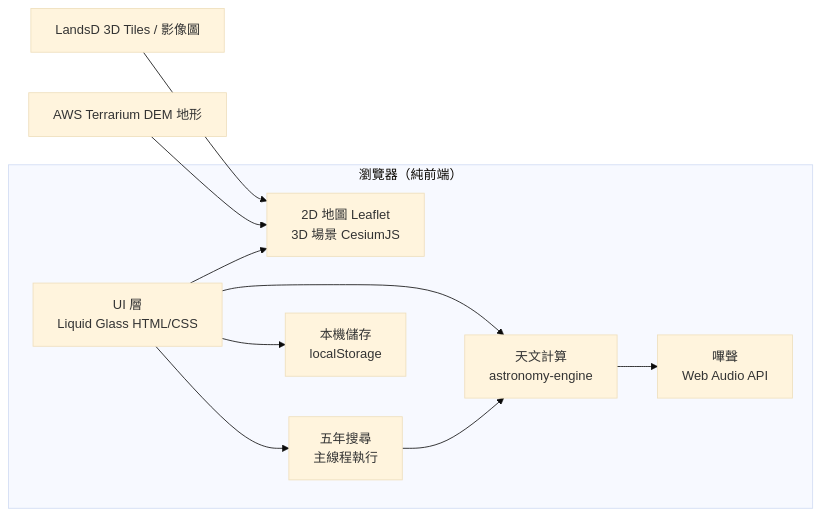
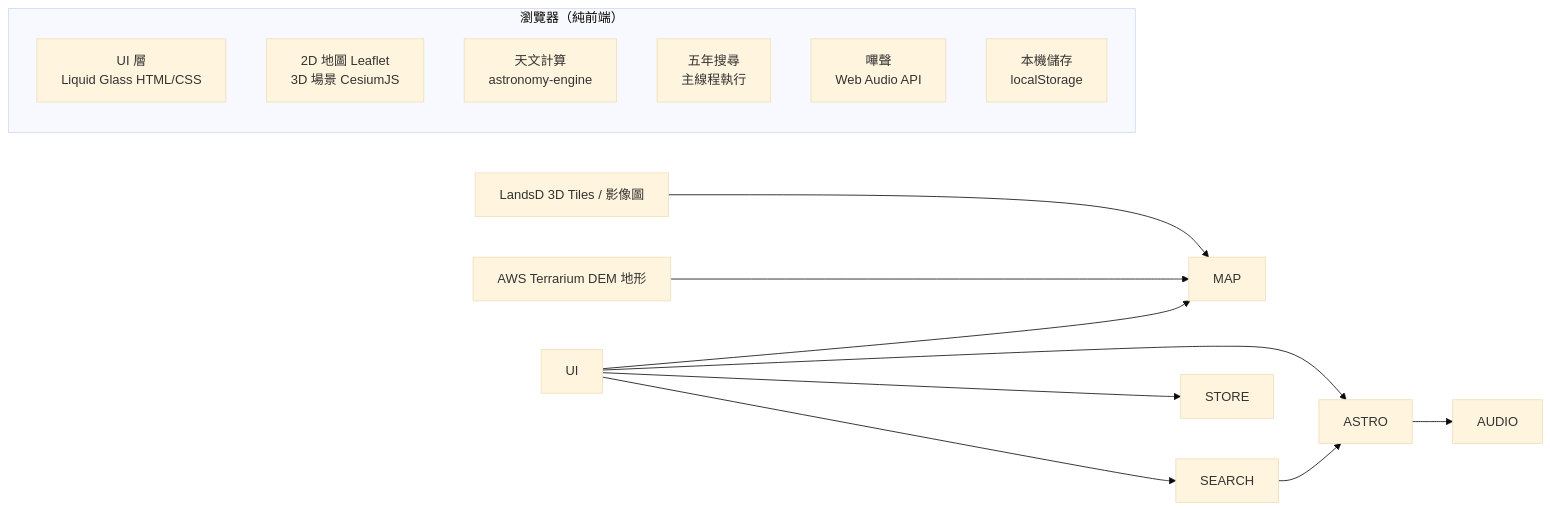
One commit to inchinet/sun-moon-trail changed the second of 2 diagrams in README.md. Above: the diagram before and after it, drawn with Mermaid (base theme). The commit also changed other lines of this file, not shown here.

````diff
--- a/README.md
+++ b/README.md
@@ -107,19 +109,19 @@
 ```mermaid
 flowchart LR
-    subgraph Browser["瀏覽器（純前端）"]
-        UI["UI 層<br/>Liquid Glass HTML/CSS"]
-        MAP["2D 地圖 Leaflet<br/>3D 場景 CesiumJS"]
-        ASTRO["天文計算<br/>astronomy-engine"]
-        SEARCH["五年搜尋<br/>主線程執行"]
-        AUDIO["嗶聲<br/>Web Audio API"]
-        STORE["本機儲存<br/>localStorage"]
+    subgraph Browser\\\["瀏覽器（純前端）"]
+        UI\\\["UI 層<br/>Liquid Glass HTML/CSS"]
+        MAP\\\["2D 地圖 Leaflet<br/>3D 場景 CesiumJS"]
+        ASTRO\\\["天文計算<br/>astronomy-engine"]
+        SEARCH\\\["五年搜尋<br/>主線程執行"]
+        AUDIO\\\["嗶聲<br/>Web Audio API"]
+        STORE\\\["本機儲存<br/>localStorage"]
     end
-    LANDSD["LandsD 3D Tiles / 影像圖"] --> MAP
-    TERRAIN["AWS Terrarium DEM 地形"] --> MAP
+    LANDSD\\\["LandsD 3D Tiles / 影像圖"] --> MAP
+    TERRAIN\\\["AWS Terrarium DEM 地形"] --> MAP
     UI --> MAP
     UI --> ASTRO
     UI --> SEARCH
     SEARCH --> ASTRO
     ASTRO --> AUDIO
     UI --> STORE
 ```
````
